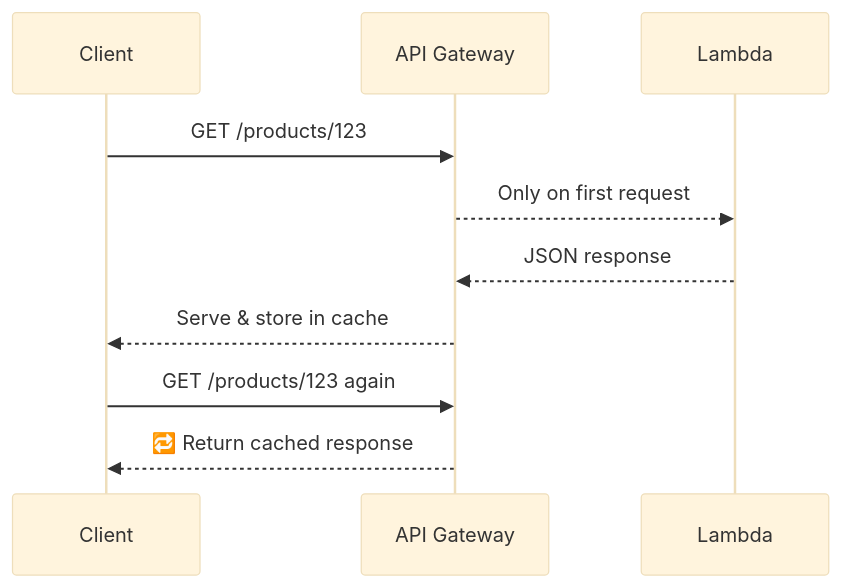
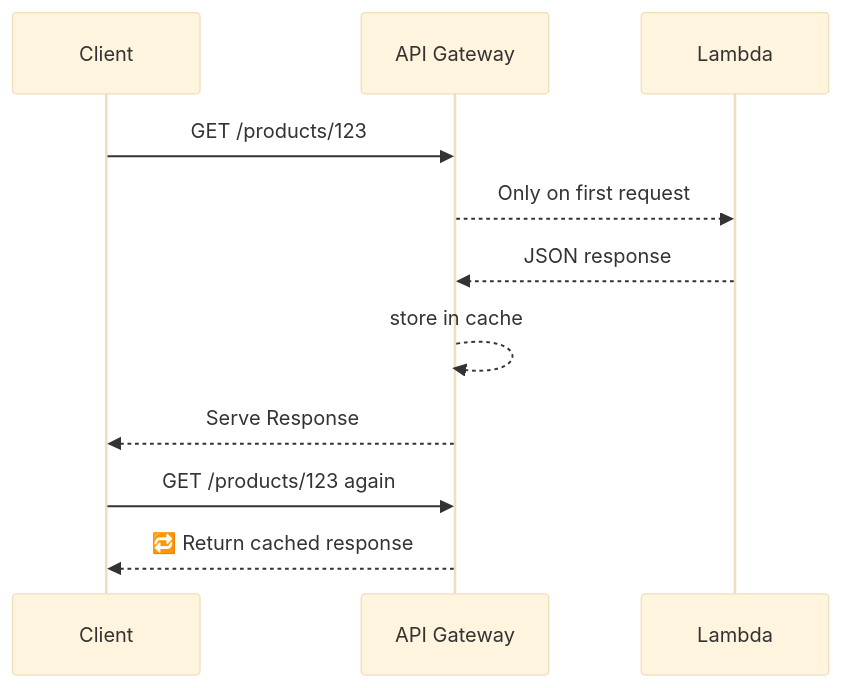
One commit to hadywafa/AwsHub changed the diagram in aws-services/3.network/4.api-gateway/2.3.agw-caching.md. Above: the diagram before and after it, drawn with Mermaid (base theme). The commit also changed other lines of this file and 13 other files, not shown here.

Commit message:
api-gateway

````diff
--- a/aws-services/3.network/4.api-gateway/2.3.agw-caching.md
+++ b/aws-services/3.network/4.api-gateway/2.3.agw-caching.md
@@ -39,14 +39,15 @@
 ```mermaid
 sequenceDiagram
     participant Client
     participant API Gateway
     participant Lambda
 
     Client->>API Gateway: GET /products/123
     API Gateway-->>Lambda: Only on first request
     Lambda-->>API Gateway: JSON response
-    API Gateway-->>Client: Serve & store in cache
+    API Gateway-->>API Gateway: store in cache
+    API Gateway-->>Client: Serve Response
 
     Client->>API Gateway: GET /products/123 again
     API Gateway-->>Client: 🔁 Return cached response
 ```
````
